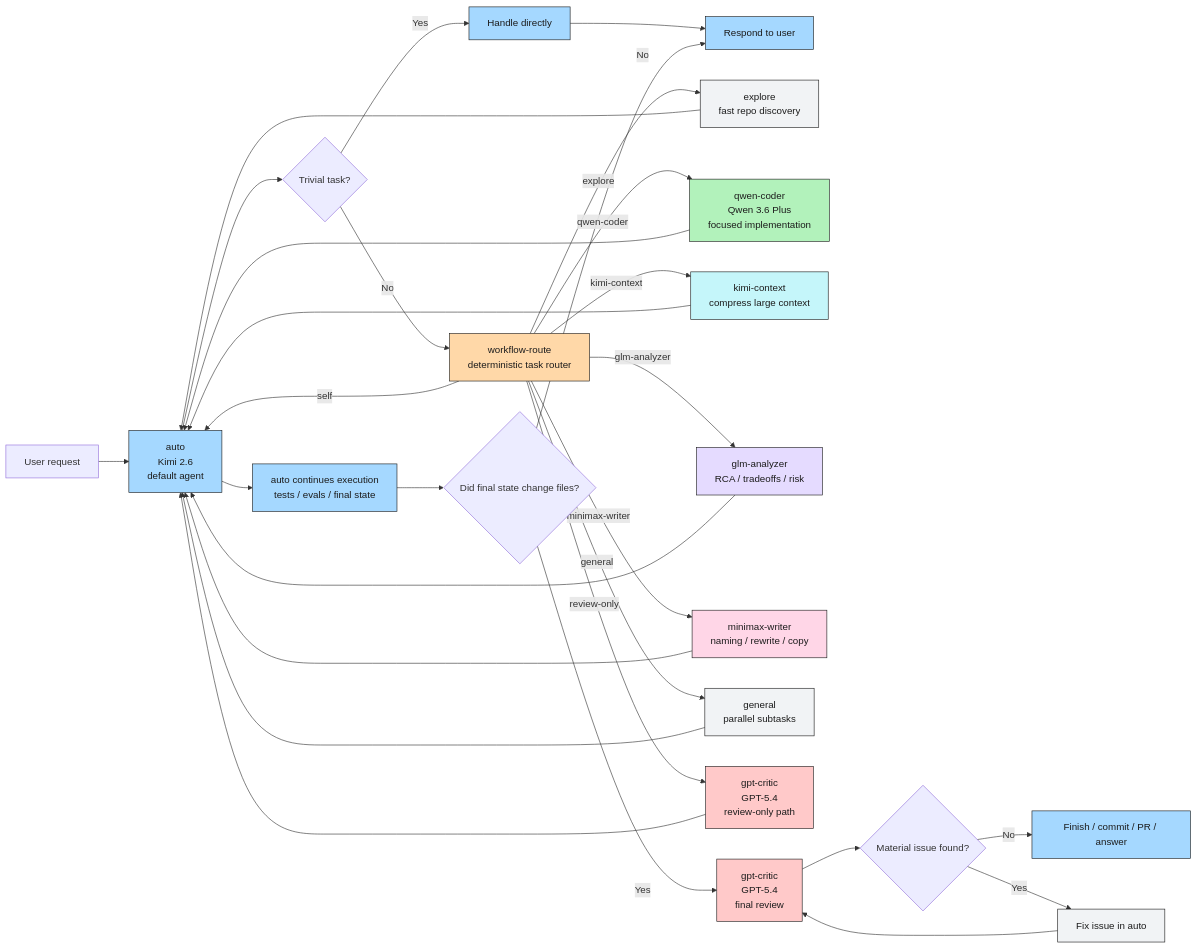
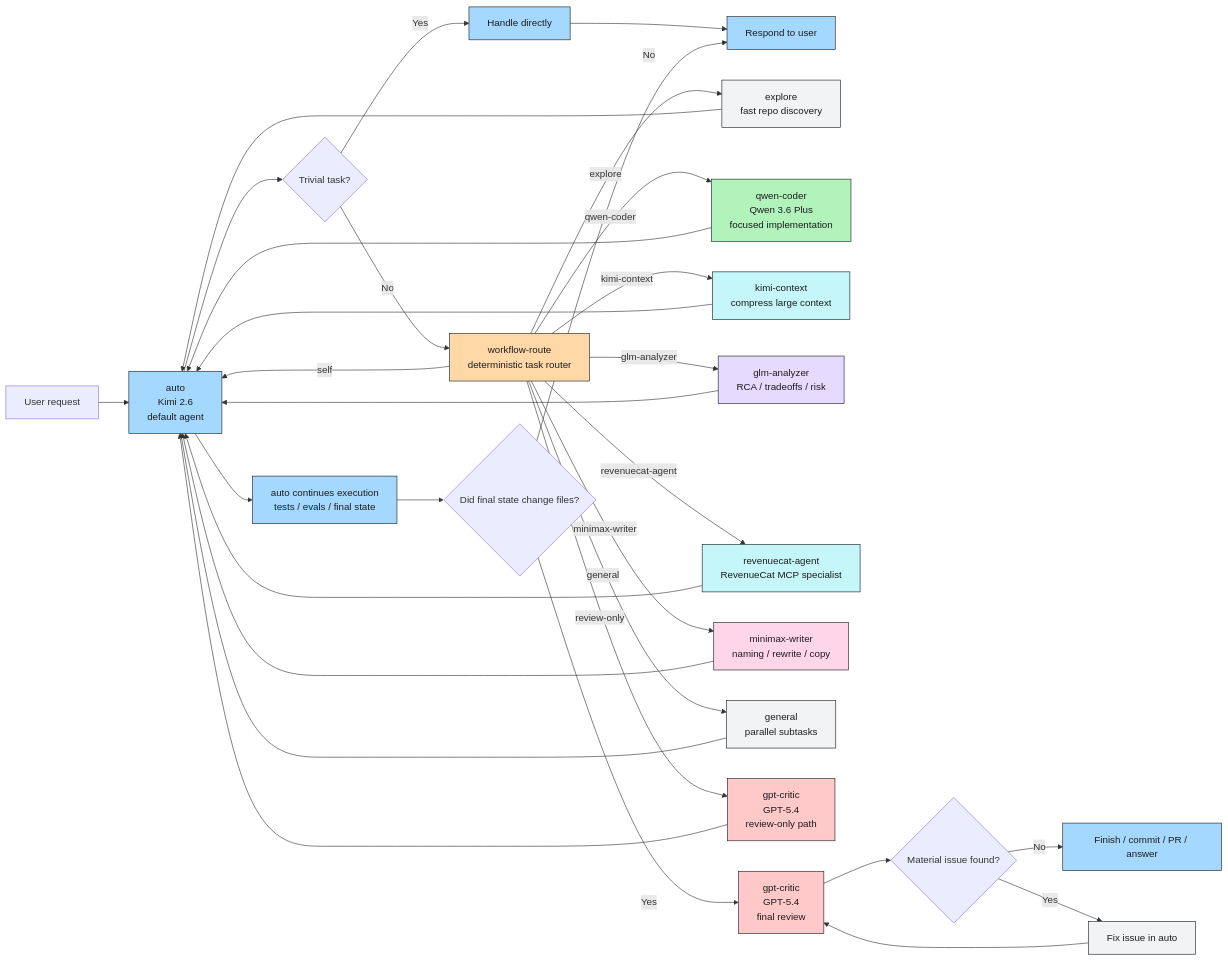
The diagram in opencode/WORKFLOW_DIAGRAM.md (bpinheiroms/my-setup), drawn with Mermaid before and after one commit. The commit also changed 6 other files, not shown here.

First line of the commit message:
chore: isolate revenuecat mcp tools (#2)

````diff
--- a/opencode/WORKFLOW_DIAGRAM.md
+++ b/opencode/WORKFLOW_DIAGRAM.md
@@ -9,56 +9,59 @@
 ```mermaid
 flowchart LR
     U[User request] --> A[auto<br/>Kimi 2.6<br/>default agent]
 
     A --> T{Trivial task?}
     T -->|Yes| D[Handle directly]
     D --> R[Respond to user]
 
     T -->|No| WR[workflow-route<br/>deterministic task router]
 
     WR -->|self| A
     WR -->|explore| EX[explore<br/>fast repo discovery]
     WR -->|qwen-coder| QC[qwen-coder<br/>Qwen 3.6 Plus<br/>focused implementation]
     WR -->|kimi-context| KC[kimi-context<br/>compress large context]
     WR -->|glm-analyzer| GA[glm-analyzer<br/>RCA / tradeoffs / risk]
+    WR -->|revenuecat-agent| RC[revenuecat-agent<br/>RevenueCat MCP specialist]
     WR -->|minimax-writer| MW[minimax-writer<br/>naming / rewrite / copy]
     WR -->|general| GE[general<br/>parallel subtasks]
     WR -->|review-only| GR[gpt-critic<br/>GPT-5.4<br/>review-only path]
 
     EX --> A
     QC --> A
     KC --> A
     GA --> A
+    RC --> A
     MW --> A
     GE --> A
     GR --> A
 
     A --> E[auto continues execution<br/>tests / evals / final state]
     E --> C{Did final state change files?}
 
     C -->|No| R
     C -->|Yes| G[gpt-critic<br/>GPT-5.4<br/>final review]
 
     G --> M{Material issue found?}
     M -->|No| F[Finish / commit / PR / answer]
     M -->|Yes| FX[Fix issue in auto]
     FX --> G
 
     classDef primary fill:#A5D8FF,stroke:#1c1c1c,color:#1c1c1c;
     classDef router fill:#FFD8A8,stroke:#1c1c1c,color:#1c1c1c;
     classDef code fill:#B2F2BB,stroke:#1c1c1c,color:#1c1c1c;
     classDef context fill:#C5F6FA,stroke:#1c1c1c,color:#1c1c1c;
     classDef analysis fill:#E5DBFF,stroke:#1c1c1c,color:#1c1c1c;
     classDef writing fill:#FFD6E7,stroke:#1c1c1c,color:#1c1c1c;
     classDef review fill:#FFC9C9,stroke:#1c1c1c,color:#1c1c1c;
     classDef neutral fill:#F1F3F5,stroke:#1c1c1c,color:#1c1c1c;
 
     class A,D,E,F,R primary;
     class WR router;
     class QC code;
     class KC context;
     class GA analysis;
+    class RC context;
     class MW writing;
     class G,GR review;
     class EX,GE,FX neutral;
 ```
````
